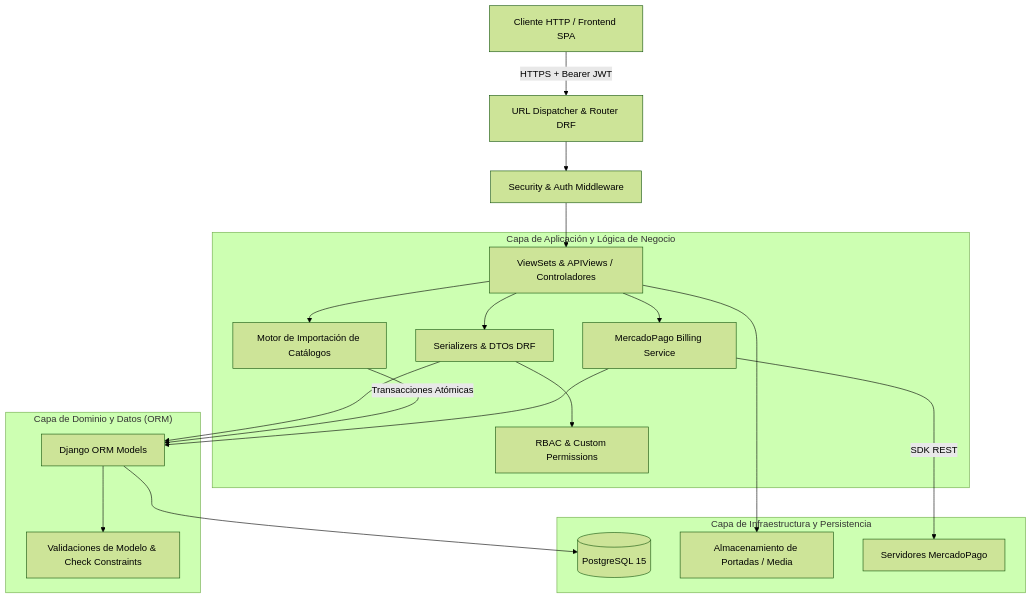
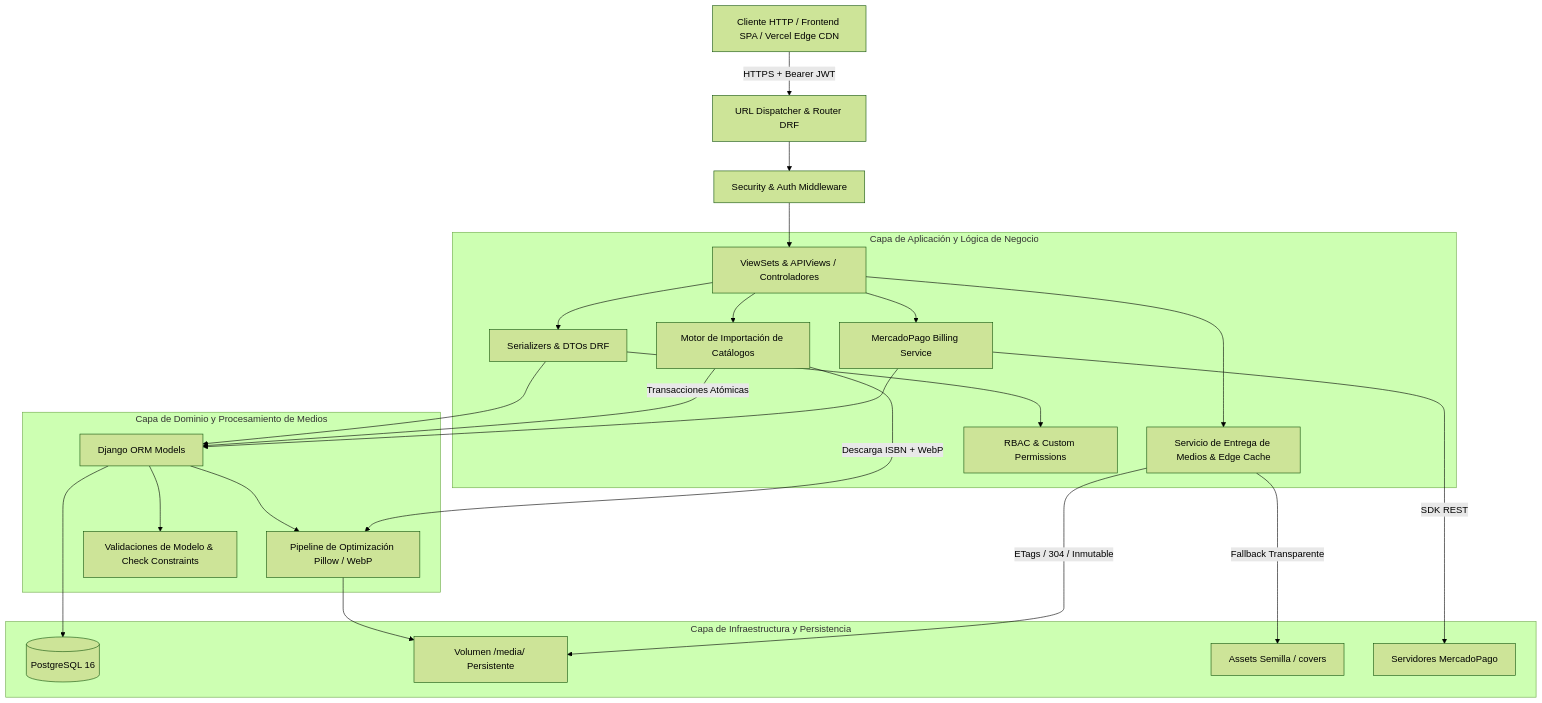
Before and after one commit to qgalli/folium-api: the first of 2 diagrams in README.md, drawn with Mermaid (forest theme). The commit also changed other lines of this file, not shown here.

Commit message:
docs: update README with WebP image pipeline, optimize_covers command, and Edge CDN deployment guide

````diff
--- a/README.md
+++ b/README.md
@@ -30,26 +32,31 @@
 ```mermaid
 graph TD
-    Client[Cliente HTTP / Frontend SPA] -->|HTTPS + Bearer JWT| Router[URL Dispatcher & Router DRF]
+    Client[Cliente HTTP / Frontend SPA / Vercel Edge CDN] -->|HTTPS + Bearer JWT| Router[URL Dispatcher & Router DRF]
     Router --> Middleware[Security & Auth Middleware]
     Middleware --> Views[ViewSets & APIViews / Controladores]
     
     subgraph "Capa de Aplicación y Lógica de Negocio"
         Views --> Serializers[Serializers & DTOs DRF]
         Views --> ImporterEngine[Motor de Importación de Catálogos]
         Views --> MPService[MercadoPago Billing Service]
+        Views --> MediaDelivery[Servicio de Entrega de Medios & Edge Cache]
         Serializers --> Permissions[RBAC & Custom Permissions]
     end
 
-    subgraph "Capa de Dominio y Datos (ORM)"
+    subgraph "Capa de Dominio y Procesamiento de Medios"
         Serializers --> ORM[Django ORM Models]
+        ORM --> ImageUtils[Pipeline de Optimización Pillow / WebP]
+        ImporterEngine -->|Descarga ISBN + WebP| ImageUtils
         ImporterEngine -->|Transacciones Atómicas| ORM
         MPService --> ORM
         ORM --> Constraints[Validaciones de Modelo & Check Constraints]
     end
 
     subgraph "Capa de Infraestructura y Persistencia"
-        ORM --> PostgreSQL[(PostgreSQL 15)]
-        Views --> MediaStorage[Almacenamiento de Portadas / Media]
+        ORM --> PostgreSQL[(PostgreSQL 16)]
+        ImageUtils --> LocalMedia[Volumen /media/ Persistente]
+        MediaDelivery -->|ETags / 304 / Inmutable| LocalMedia
+        MediaDelivery -->|Fallback Transparente| SeedAssets[Assets Semilla / covers]
         MPService -->|SDK REST| MPGateway[Servidores MercadoPago]
     end
 ```
````
